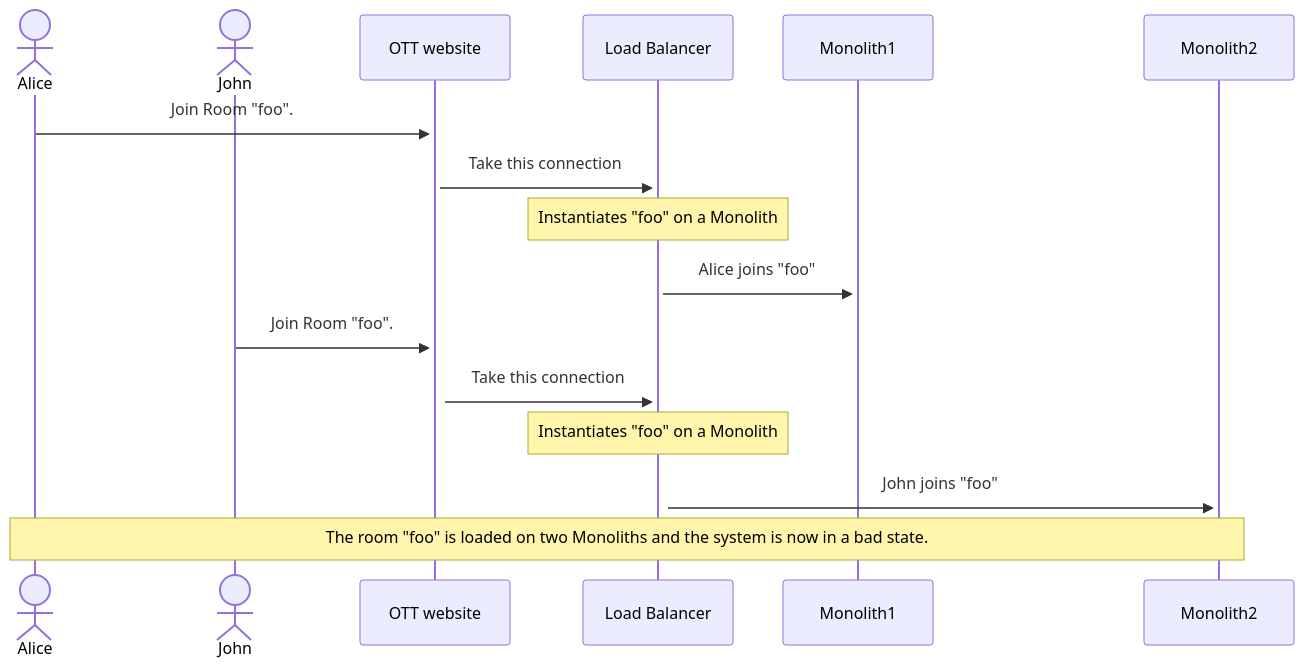
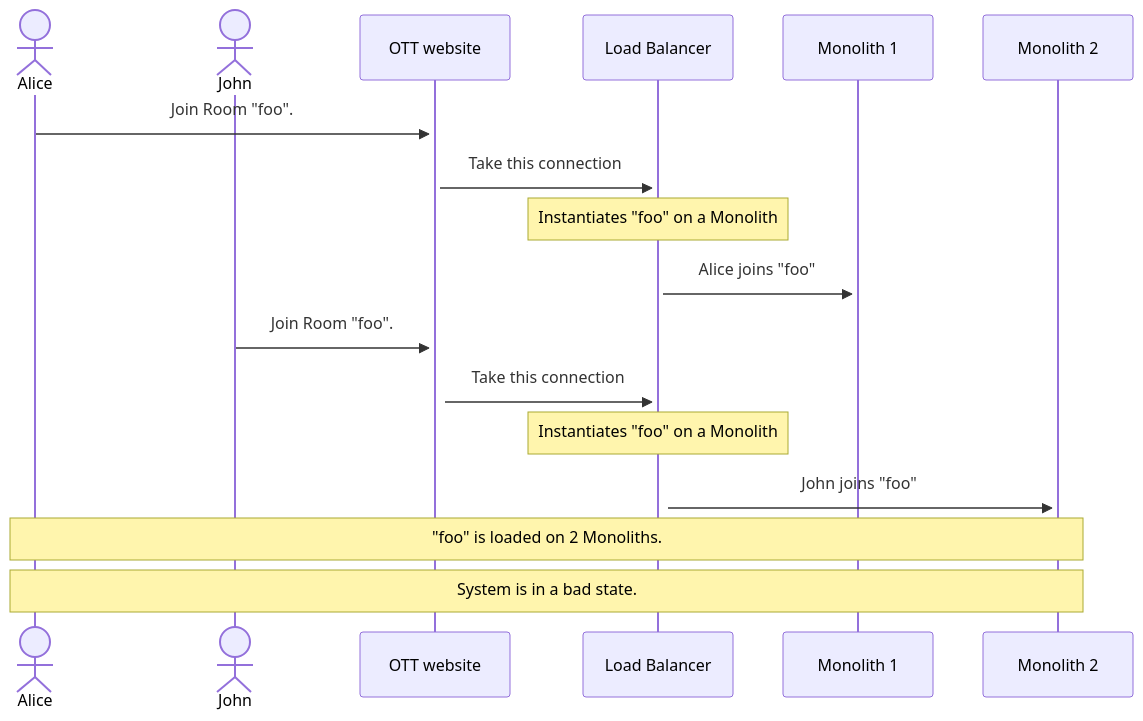
One commit to dyc3/senior-design changed the diagram in figures/join-room-stateless.mmd. Above: the diagram before and after it, drawn with Mermaid. The commit also changed 3 other files, not shown here.

Commit message:
reduce width of some sequence diagrams so text in diagrams looks bigger

```diff
--- a/figures/join-room-stateless.mmd
+++ b/figures/join-room-stateless.mmd
@@ -1,16 +1,17 @@
 sequenceDiagram
     actor Alice
     actor John
     participant OTT as OTT website
     participant L as Load Balancer
-    participant N as Monolith1
-    participant M as Monolith2
+    participant M1 as Monolith 1
+    participant M2 as Monolith 2
     Alice->>+OTT: Join Room "foo".
     OTT->>+L: Take this connection
     Note over L: Instantiates "foo" on a Monolith
-    L->>+N: Alice joins "foo"
+    L->>+M1: Alice joins "foo"
     John->>+OTT: Join Room "foo".
     OTT->>+L: Take this connection
     Note over L: Instantiates "foo" on a Monolith
-    L->>+M: John joins "foo"
-    Note over Alice,M: The room "foo" is loaded on two Monoliths and the system is now in a bad state.
+    L->>+M2: John joins "foo"
+    Note over Alice,M2: "foo" is loaded on 2 Monoliths.
+    Note over Alice,M2: System is in a bad state.
```
